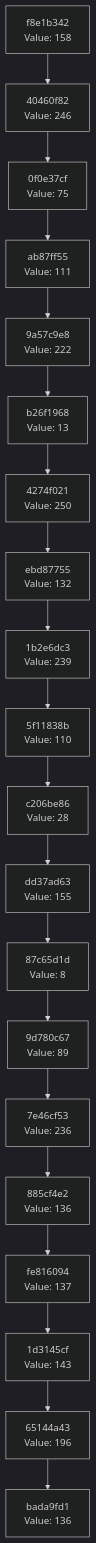
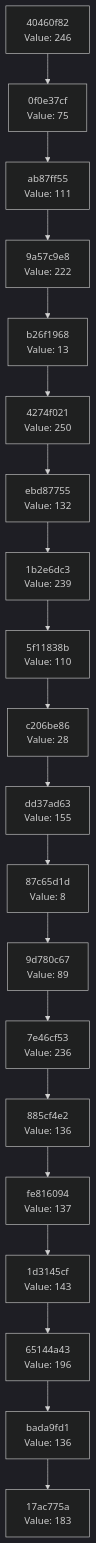
Before and after one commit to Abhisheksinha1506/hash-chain-evolver: the diagram in docs/CHAIN_VISUALIZATION.md, drawn with Mermaid (dark theme). The commit also changed 2 other files, not shown here.

Commit message:
Evolution Step

````diff
--- a/docs/CHAIN_VISUALIZATION.md
+++ b/docs/CHAIN_VISUALIZATION.md
@@ -3,42 +3,42 @@
 ```mermaid
 graph TD
-    C0["bada9fd1<br/>Value: 136"]
-    C1["65144a43<br/>Value: 196"]
+    C0["17ac775a<br/>Value: 183"]
+    C1["bada9fd1<br/>Value: 136"]
     C1 --> C0
-    C2["1d3145cf<br/>Value: 143"]
+    C2["65144a43<br/>Value: 196"]
     C2 --> C1
-    C3["fe816094<br/>Value: 137"]
+    C3["1d3145cf<br/>Value: 143"]
     C3 --> C2
-    C4["885cf4e2<br/>Value: 136"]
+    C4["fe816094<br/>Value: 137"]
     C4 --> C3
-    C5["7e46cf53<br/>Value: 236"]
+    C5["885cf4e2<br/>Value: 136"]
     C5 --> C4
-    C6["9d780c67<br/>Value: 89"]
+    C6["7e46cf53<br/>Value: 236"]
     C6 --> C5
-    C7["87c65d1d<br/>Value: 8"]
+    C7["9d780c67<br/>Value: 89"]
     C7 --> C6
-    C8["dd37ad63<br/>Value: 155"]
+    C8["87c65d1d<br/>Value: 8"]
     C8 --> C7
-    C9["c206be86<br/>Value: 28"]
+    C9["dd37ad63<br/>Value: 155"]
     C9 --> C8
-    C10["5f11838b<br/>Value: 110"]
+    C10["c206be86<br/>Value: 28"]
     C10 --> C9
-    C11["1b2e6dc3<br/>Value: 239"]
+    C11["5f11838b<br/>Value: 110"]
     C11 --> C10
-    C12["ebd87755<br/>Value: 132"]
+    C12["1b2e6dc3<br/>Value: 239"]
     C12 --> C11
-    C13["4274f021<br/>Value: 250"]
+    C13["ebd87755<br/>Value: 132"]
     C13 --> C12
-    C14["b26f1968<br/>Value: 13"]
+    C14["4274f021<br/>Value: 250"]
     C14 --> C13
-    C15["9a57c9e8<br/>Value: 222"]
+    C15["b26f1968<br/>Value: 13"]
     C15 --> C14
-    C16["ab87ff55<br/>Value: 111"]
+    C16["9a57c9e8<br/>Value: 222"]
     C16 --> C15
-    C17["0f0e37cf<br/>Value: 75"]
+    C17["ab87ff55<br/>Value: 111"]
     C17 --> C16
-    C18["40460f82<br/>Value: 246"]
+    C18["0f0e37cf<br/>Value: 75"]
     C18 --> C17
-    C19["f8e1b342<br/>Value: 158"]
+    C19["40460f82<br/>Value: 246"]
     C19 --> C18
 ```
````
